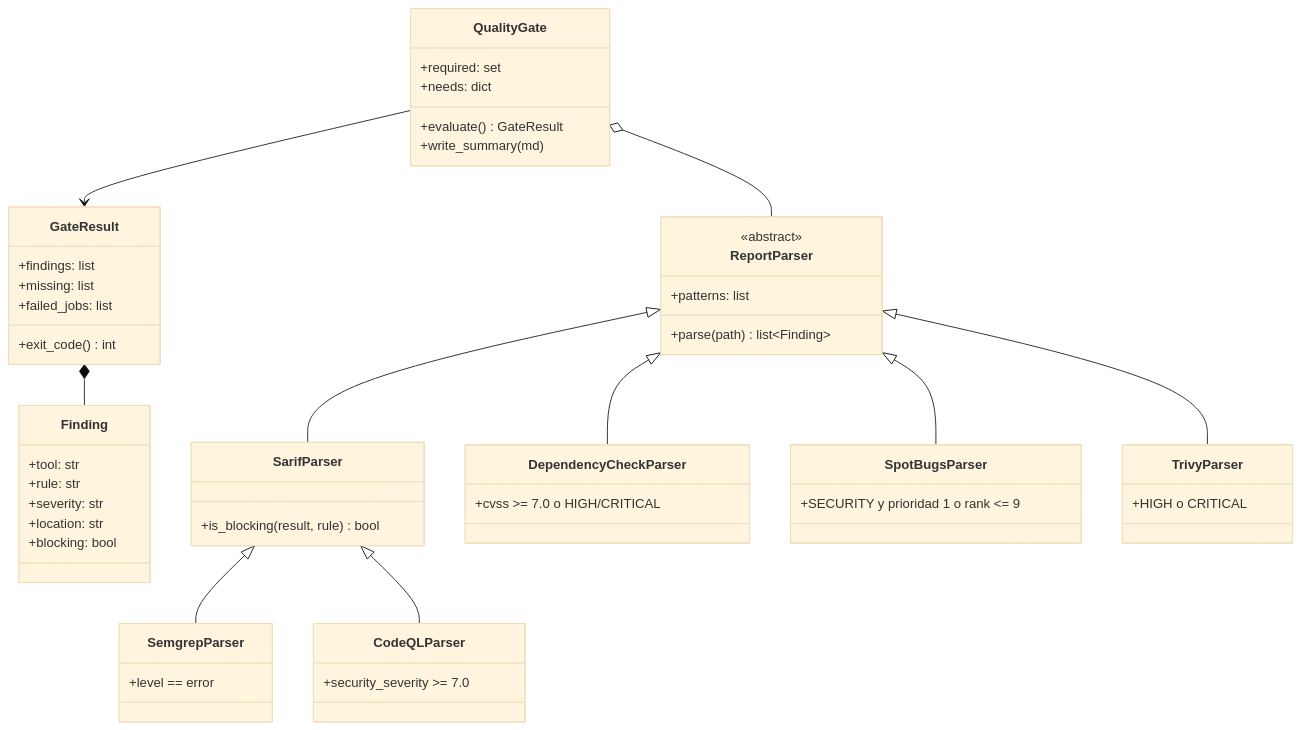
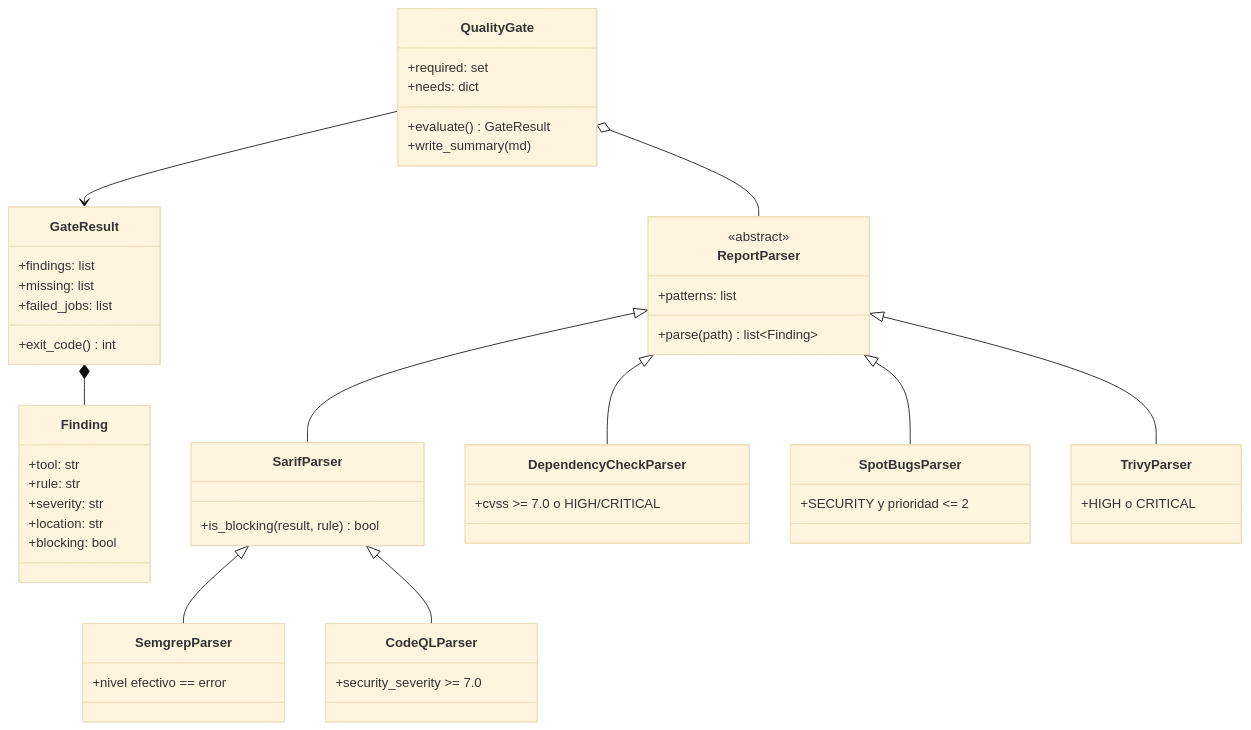
Before and after one commit to FidelRada/spring-boot-webapi-secure: the third of 9 diagrams in openspec/changes/add-secure-ci-pipeline/design.md, drawn with Mermaid (base theme). The commit also changed other lines of this file and 14 other files, not shown here.

````diff
--- a/openspec/changes/add-secure-ci-pipeline/design.md
+++ b/openspec/changes/add-secure-ci-pipeline/design.md
@@ -135,54 +195,54 @@
 ```mermaid
 classDiagram
   class Finding {
     +tool: str
     +rule: str
     +severity: str
     +location: str
     +blocking: bool
   }
   class ReportParser {
     <<abstract>>
     +patterns: list
     +parse(path) list~Finding~
   }
   class SarifParser {
     +is_blocking(result, rule) bool
   }
   class SemgrepParser {
-    +level == error
+    +nivel efectivo == error
   }
   class CodeQLParser {
     +security_severity >= 7.0
   }
   class DependencyCheckParser {
     +cvss >= 7.0 o HIGH/CRITICAL
   }
   class SpotBugsParser {
-    +SECURITY y prioridad 1 o rank <= 9
+    +SECURITY y prioridad <= 2
   }
   class TrivyParser {
     +HIGH o CRITICAL
   }
   class QualityGate {
     +required: set
     +needs: dict
     +evaluate() GateResult
     +write_summary(md)
   }
   class GateResult {
     +findings: list
     +missing: list
     +failed_jobs: list
     +exit_code() int
   }
   ReportParser <|-- SarifParser
   SarifParser <|-- SemgrepParser
   SarifParser <|-- CodeQLParser
   ReportParser <|-- DependencyCheckParser
   ReportParser <|-- SpotBugsParser
   ReportParser <|-- TrivyParser
   QualityGate o-- ReportParser
   QualityGate --> GateResult
   GateResult *-- Finding
 ```
````
